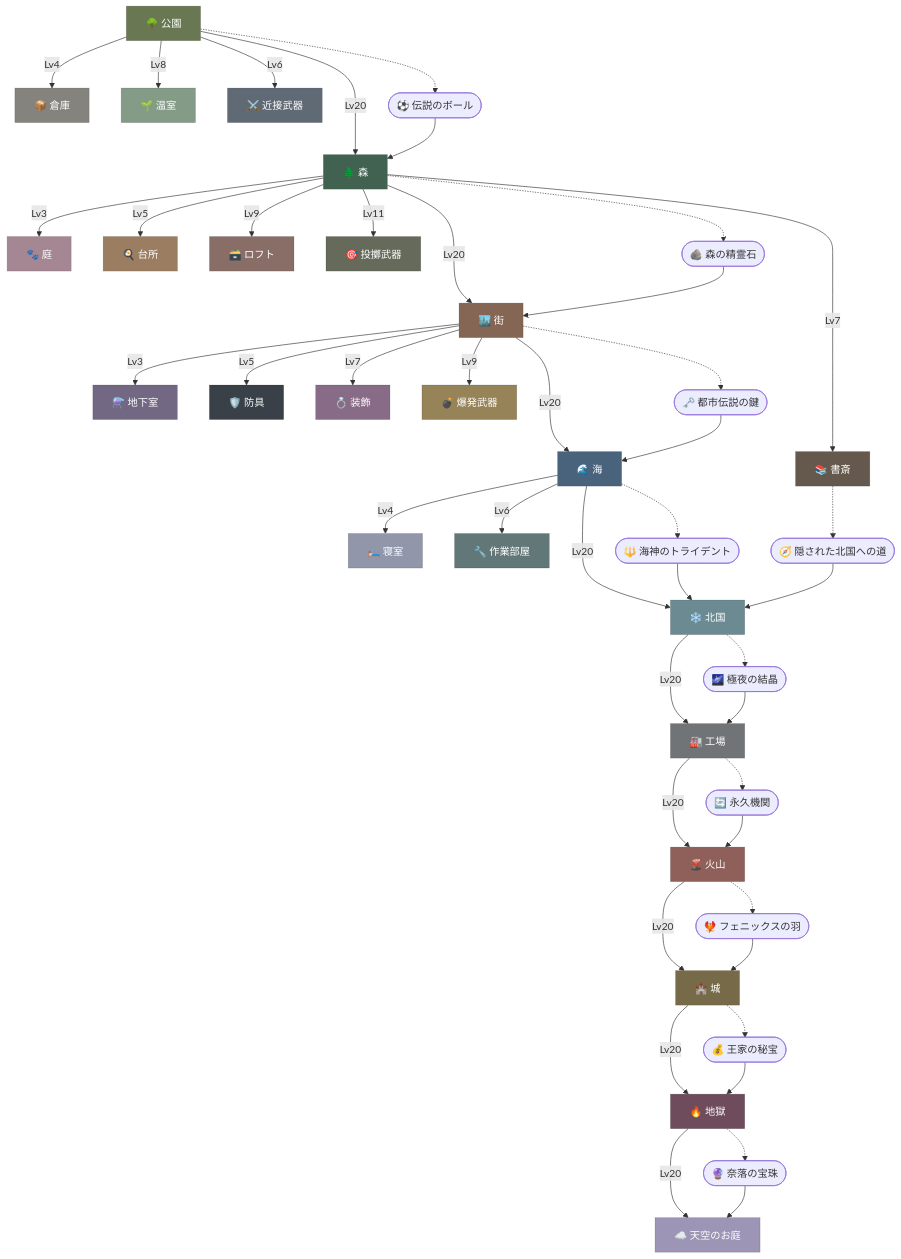
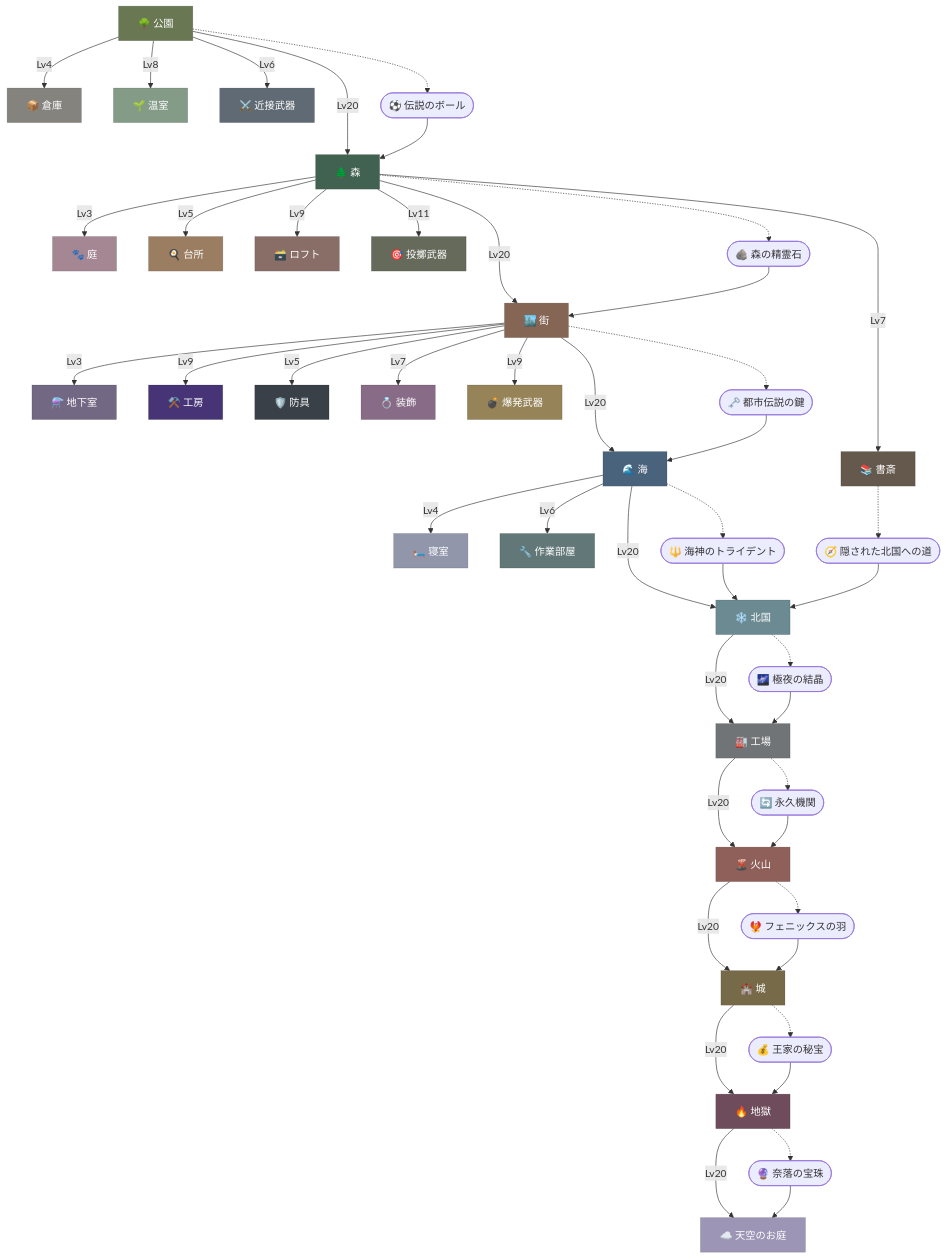
One commit to yutori-gene/idle-wiki changed the diagram in site/ja/reference/progression.md. Above: the diagram before and after it, drawn with Mermaid. The commit also changed other lines of this file and 1453 other files, not shown here.

```diff
--- a/site/ja/reference/progression.md
+++ b/site/ja/reference/progression.md
@@ -55,6 +55,9 @@
   c_basement["⚗️ 地下室"]
   click c_basement "#/ja/category/basement"
   style c_basement fill:#736883,color:#fff,stroke:#0003
+  c_atelier["⚒️ 工房"]
+  click c_atelier "#/ja/category/atelier"
+  style c_atelier fill:#463476,color:#fff,stroke:#0003
   c_bedroom["🛏️ 寝室"]
   click c_bedroom "#/ja/category/bedroom"
   style c_bedroom fill:#9196ab,color:#fff,stroke:#0003
@@ -132,6 +135,7 @@
   c_forest -->|Lv7| c_study
   c_forest -->|Lv9| c_loft
   c_town -->|Lv3| c_basement
+  c_town -->|Lv9| c_atelier
   c_sea -->|Lv4| c_bedroom
   c_sea -->|Lv6| c_workshop
   c_park -->|Lv6| c_melee_weapon
```
